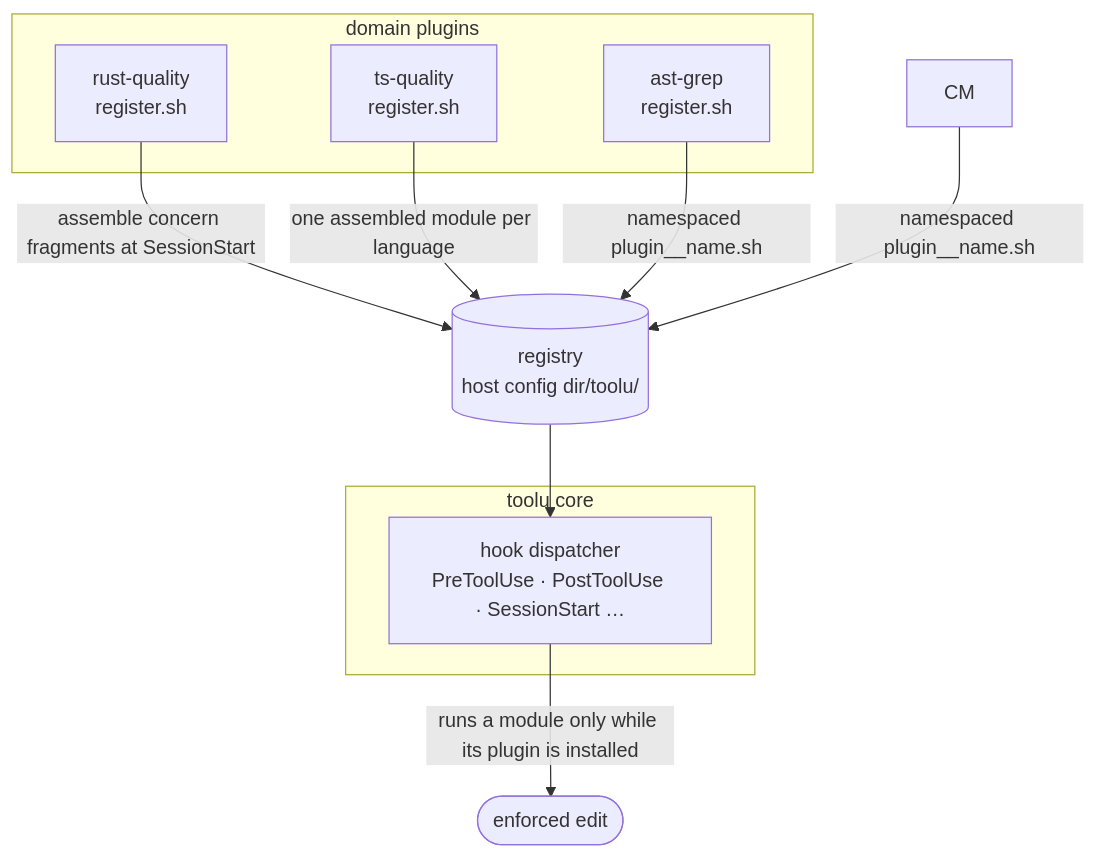
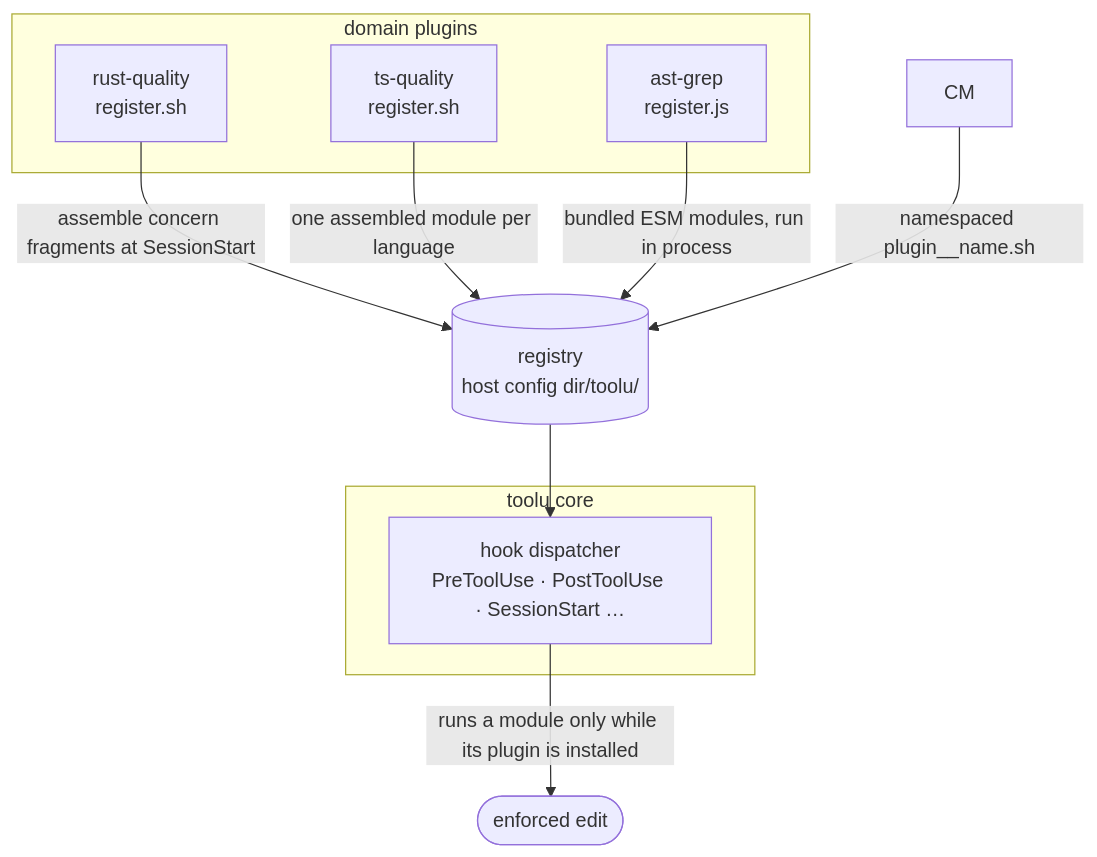
The second of 2 diagrams in README.md (Falconiere/toolu), drawn with Mermaid before and after one commit. The commit also changed other lines of this file and 60 other files, not shown here.

First line of the commit message:
feat(ast-grep): port the plugin to TypeScript on Bun (#321)

````diff
--- a/README.md
+++ b/README.md
@@ -252,17 +252,17 @@
 ```mermaid
 flowchart TD
     subgraph core["toolu core"]
         D["hook dispatcher<br/>PreToolUse · PostToolUse · SessionStart …"]
     end
     subgraph plugins["domain plugins"]
         RQ["rust-quality<br/>register.sh"]
         TQ["ts-quality<br/>register.sh"]
-        AG["ast-grep<br/>register.sh"]
+        AG["ast-grep<br/>register.js"]
     end
     RQ -- "assemble concern fragments at SessionStart" --> R[("registry<br/>host config dir/toolu/")]
     TQ -- "one assembled module per language" --> R
-    AG -- "namespaced plugin__name.sh" --> R
+    AG -- "bundled ESM modules, run in process" --> R
     CM -- "namespaced plugin__name.sh" --> R
     R --> D
     D -- "runs a module only while its plugin is installed" --> OUT([enforced edit])
 ```
````
